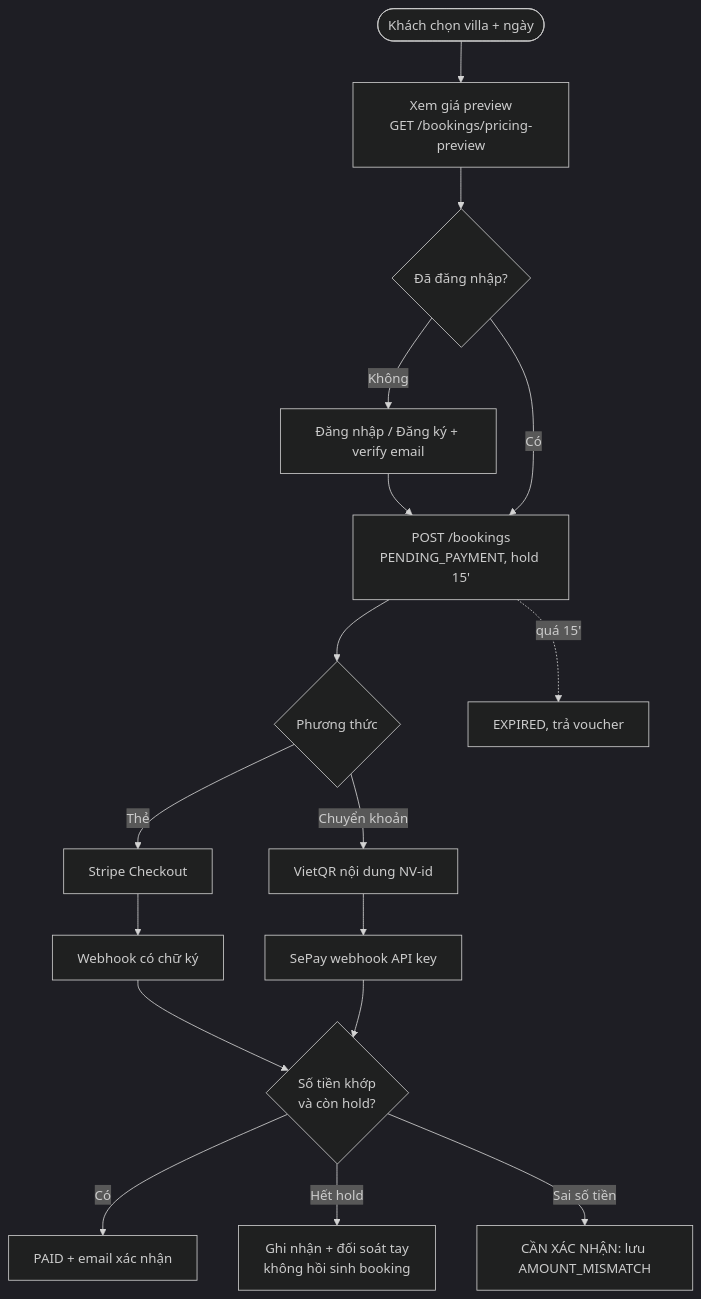
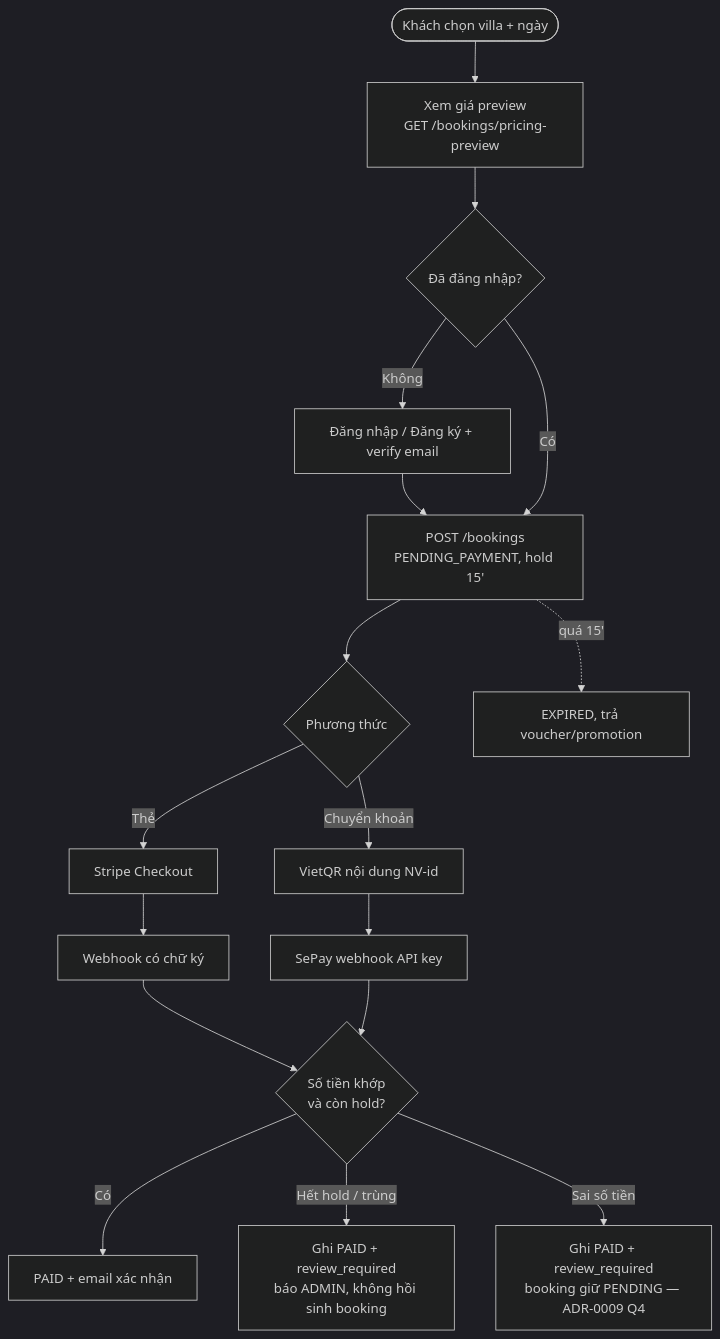
One commit to nhutruong47/hotel changed the first of 4 diagrams in docs/business/business-analysis.md. Above: the diagram before and after it, drawn with Mermaid (dark theme). The commit also changed other lines of this file and 9 other files, not shown here.

First line of the commit message:
docs(p1): ADR-0009 business policy decisions, P1 release notes, updated risk/debt/roadmap

````diff
--- a/docs/business/business-analysis.md
+++ b/docs/business/business-analysis.md
@@ -162,16 +165,16 @@
 ```mermaid
 flowchart TD
     S([Khách chọn villa + ngày]) --> P[Xem giá preview<br/>GET /bookings/pricing-preview]
     P --> C{Đã đăng nhập?}
     C -- Không --> L[Đăng nhập / Đăng ký + verify email] --> B
     C -- Có --> B[POST /bookings<br/>PENDING_PAYMENT, hold 15']
     B --> M{Phương thức}
     M -- Thẻ --> ST[Stripe Checkout] --> WH[Webhook có chữ ký]
     M -- Chuyển khoản --> QR[VietQR nội dung NV-id] --> SW[SePay webhook API key]
     WH --> V{Số tiền khớp<br/>và còn hold?}
     SW --> V
     V -- Có --> PAID[PAID + email xác nhận]
-    V -- Hết hold --> REC[Ghi nhận + đối soát tay<br/>không hồi sinh booking]
-    V -- Sai số tiền --> MM[CẦN XÁC NHẬN: lưu AMOUNT_MISMATCH]
-    B -. quá 15' .-> EXP[EXPIRED, trả voucher]
+    V -- Hết hold / trùng --> REC[Ghi PAID + review_required<br/>báo ADMIN, không hồi sinh booking]
+    V -- Sai số tiền --> MM[Ghi PAID + review_required<br/>booking giữ PENDING — ADR-0009 Q4]
+    B -. quá 15' .-> EXP[EXPIRED, trả voucher/promotion]
 ```
````
